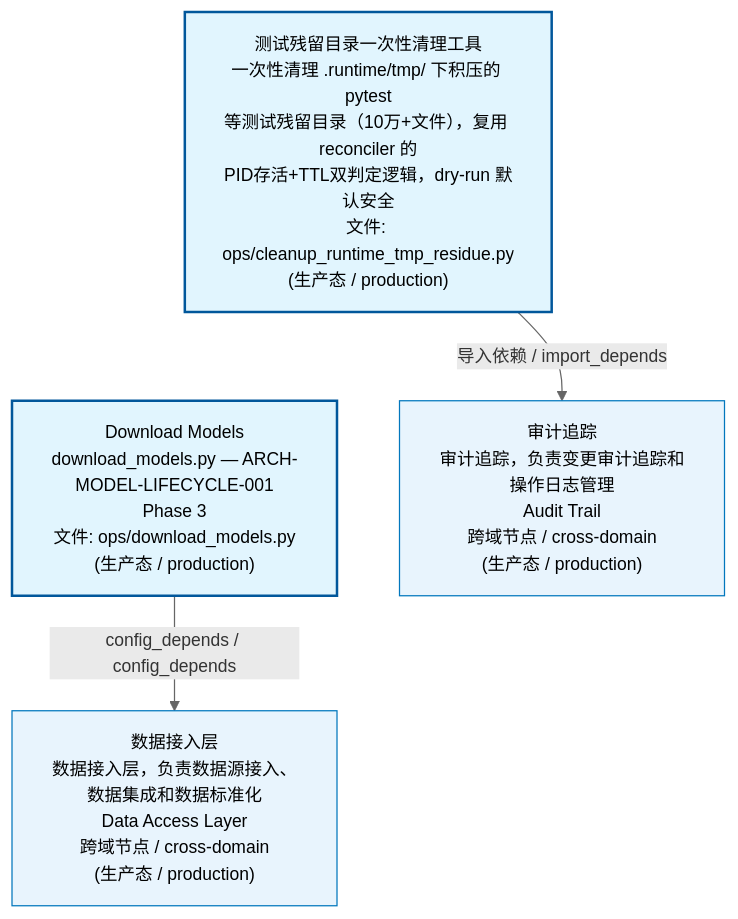
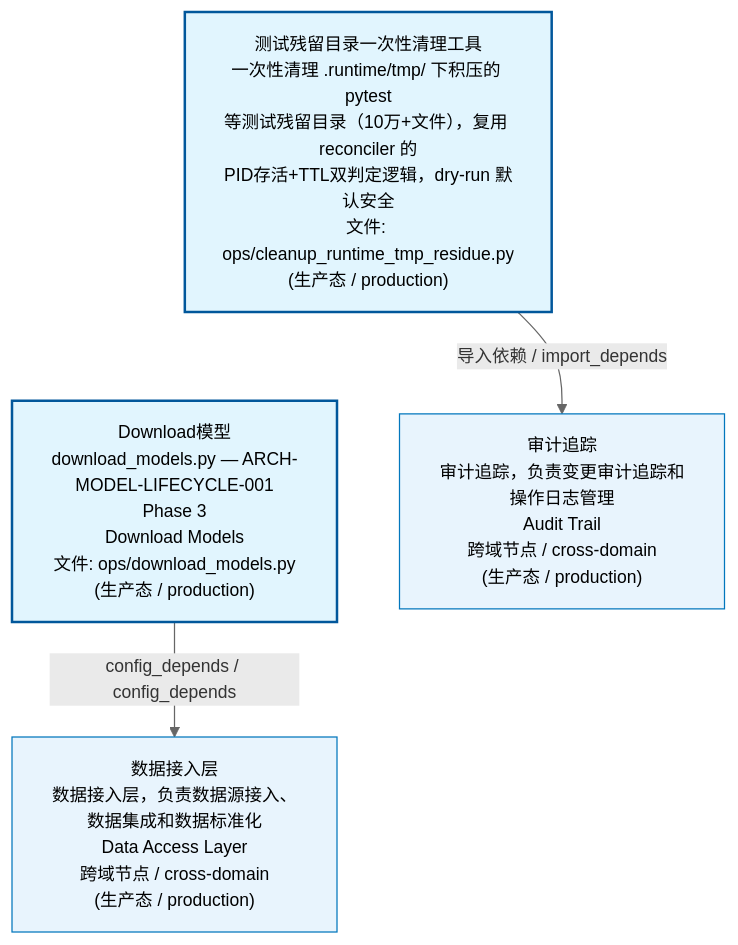
One commit to xuanFelixVan/ZephyrAlpha changed the first of 3 diagrams in docs/02_enterprise_architecture/02_domain_architecture_docs/04_d_infra_ops.md. Above: the diagram before and after it, drawn with Mermaid. The commit also changed other lines of this file and 56 other files, not shown here.

````diff
--- a/docs/02_enterprise_architecture/02_domain_architecture_docs/04_d_infra_ops.md
+++ b/docs/02_enterprise_architecture/02_domain_architecture_docs/04_d_infra_ops.md
@@ -53,17 +53,17 @@
 ```mermaid
 %%{init: {'theme': 'base', 'themeVariables': {'primaryColor': '#eaeaea', 'primaryTextColor': '#333333', 'primaryBorderColor': '#666666', 'lineColor': '#666666', 'secondaryColor': '#eaeaea', 'tertiaryColor': '#eaeaea', 'fontSize': '14px'}}}%%
 flowchart TD
     scripts_ops_cleanup_runtime_tmp_residue_py["测试残留目录一次性清理工具<br/>一次性清理 .runtime/tmp/ 下积压的 pytest<br/>等测试残留目录（10万+文件），复用 reconciler 的<br/>PID存活+TTL双判定逻辑，dry-run 默认安全<br/>文件: ops/cleanup_runtime_tmp_residue.py<br/>(生产态 / production)"]
-    scripts_ops_download_models_py["Download Models<br/>download_models.py — ARCH-MODEL-LIFECYCLE-001<br/>Phase 3<br/>文件: ops/download_models.py<br/>(生产态 / production)"]
+    scripts_ops_download_models_py["Download模型<br/>download_models.py — ARCH-MODEL-LIFECYCLE-001<br/>Phase 3<br/>Download Models<br/>文件: ops/download_models.py<br/>(生产态 / production)"]
     scripts_ops_cleanup_runtime_tmp_residue_py ~~~ scripts_ops_download_models_py
+    D_GOV_AUDIT["审计追踪<br/>审计追踪，负责变更审计追踪和操作日志管理<br/>Audit Trail<br/>跨域节点 / cross-domain<br/>(生产态 / production)"]
+    scripts_ops_cleanup_runtime_tmp_residue_py -->|导入依赖 / import_depends| D_GOV_AUDIT
     D_DATA["数据接入层<br/>数据接入层，负责数据源接入、数据集成和数据标准化<br/>Data Access Layer<br/>跨域节点 / cross-domain<br/>(生产态 / production)"]
     scripts_ops_download_models_py -->|config_depends / config_depends| D_DATA
-    D_GOV_AUDIT["审计追踪<br/>审计追踪，负责变更审计追踪和操作日志管理<br/>Audit Trail<br/>跨域节点 / cross-domain<br/>(生产态 / production)"]
-    scripts_ops_cleanup_runtime_tmp_residue_py -->|导入依赖 / import_depends| D_GOV_AUDIT
     classDef production fill:#e1f5fe,stroke:#01579b,stroke-width:2px,color:#000
     classDef design fill:#fff3e0,stroke:#e65100,stroke-width:2px,color:#000,stroke-dasharray: 5 5
     classDef external_prod fill:#e8f4fd,stroke:#0277bd,stroke-width:1px,color:#000
     classDef external_design fill:#fff8e7,stroke:#ef6c00,stroke-width:1px,color:#000,stroke-dasharray: 5 5
     class scripts_ops_cleanup_runtime_tmp_residue_py,scripts_ops_download_models_py production
-    class D_DATA,D_GOV_AUDIT external_prod
+    class D_GOV_AUDIT,D_DATA external_prod
 ```
````
